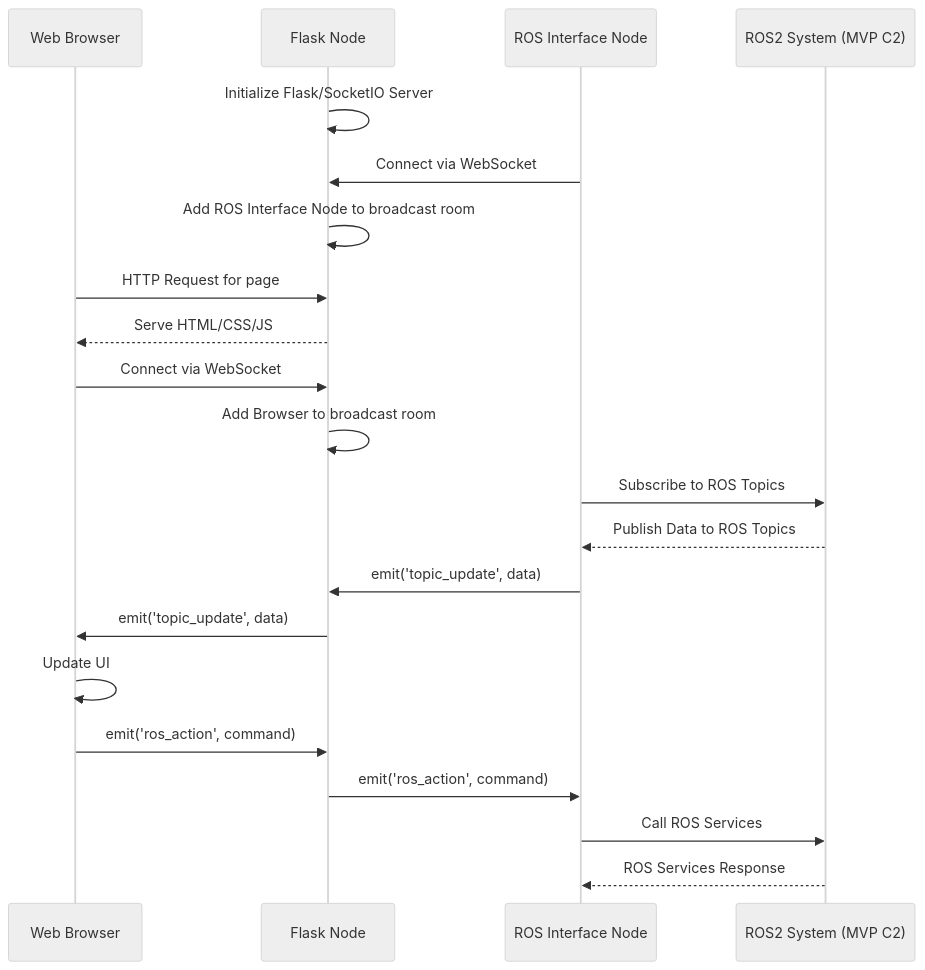
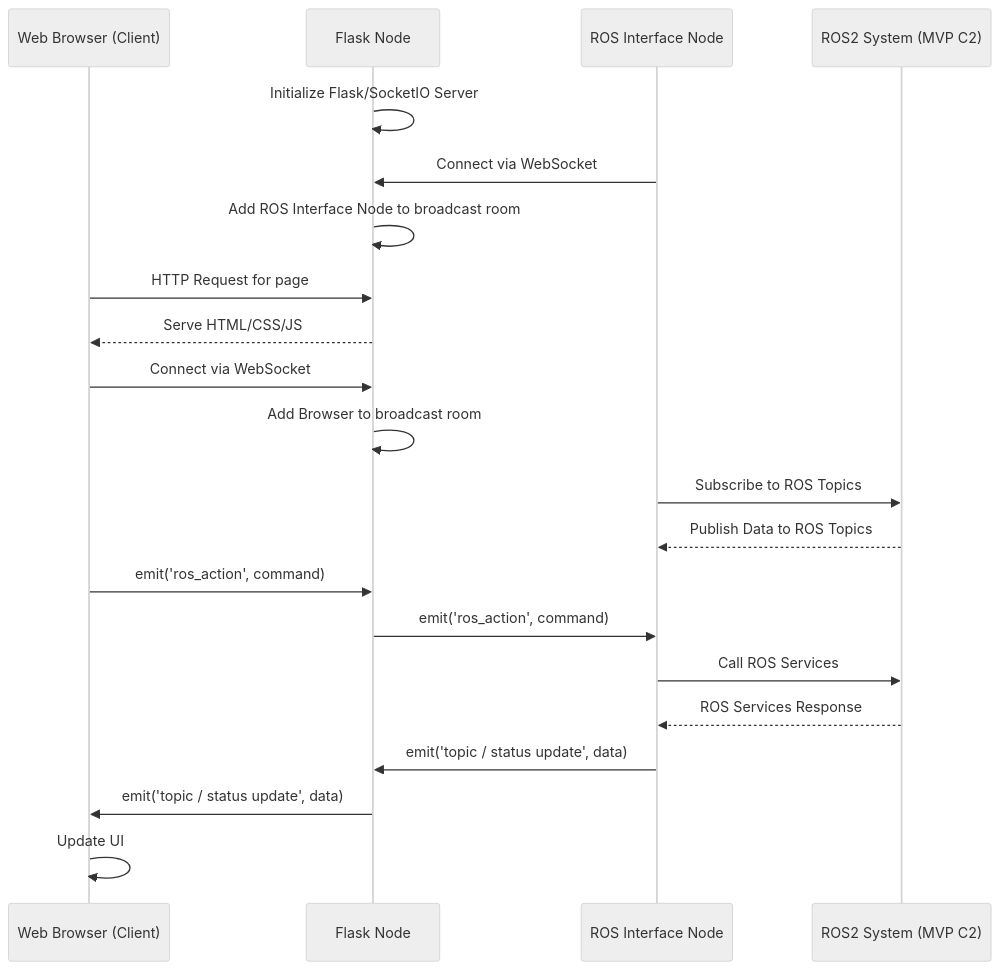
One commit to GSO-soslab/mvp_gui_2 changed the second of 2 diagrams in docs/mvp_gui_2_overview.md. Above: the diagram before and after it, drawn with Mermaid (neutral theme). The commit also changed 1 other file, not shown here.

Commit message:
new documentation

````diff
--- a/docs/mvp_gui_2_overview.md
+++ b/docs/mvp_gui_2_overview.md
@@ -196,27 +196,28 @@
 ```mermaid
 sequenceDiagram
-    participant B as Web Browser
+    participant B as Web Browser (Client)
     participant FN as Flask Node
     participant RIN as ROS Interface Node
     participant RS as ROS2 System (MVP C2)
 
     FN->>FN: Initialize Flask/SocketIO Server
     RIN->>FN: Connect via WebSocket
     FN->>FN: Add ROS Interface Node to broadcast room
     
     B->>FN: HTTP Request for page
     FN-->>B: Serve HTML/CSS/JS
     B->>FN: Connect via WebSocket
     FN->>FN: Add Browser to broadcast room
 
     RIN->>RS: Subscribe to ROS Topics
     RS-->>RIN: Publish Data to ROS Topics
-    RIN->>FN: emit('topic_update', data)
-    FN->>B: emit('topic_update', data)
-    B->>B: Update UI
 
     B->>FN: emit('ros_action', command)
     FN->>RIN: emit('ros_action', command)
     RIN->>RS: Call ROS Services
     RS-->>RIN: ROS Services Response
+
+    RIN->>FN: emit('topic / status update', data)
+    FN->>B: emit('topic / status update', data)
+    B->>B: Update UI
 ```
````
